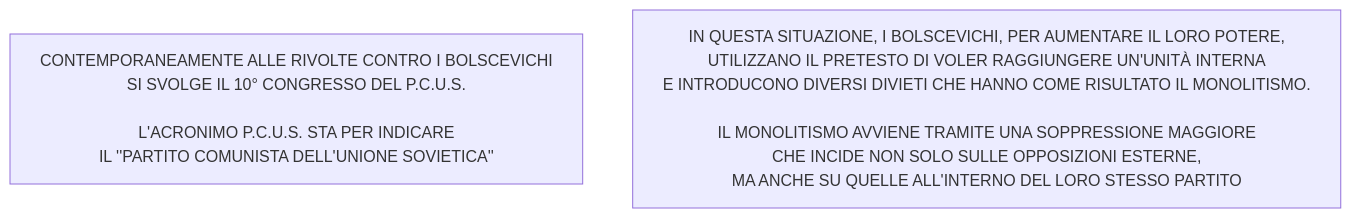
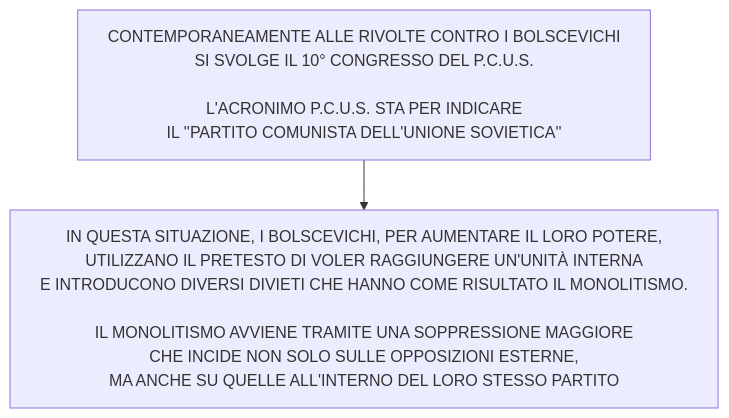
One commit to Laaouatni/ricerca-storia-MermaidJS changed diagram 16 of 16 in stalinismoRiscrittura.md. Above: the diagram before and after it, drawn with Mermaid.

````diff
--- a/stalinismoRiscrittura.md
+++ b/stalinismoRiscrittura.md
@@ -322,6 +322,7 @@
 ```mermaid
 %%{init: { "flowchart": { "wrappingWidth": 800 } }}%%
 flowchart TB
+  0 --> 1
   0[CONTEMPORANEAMENTE ALLE RIVOLTE CONTRO I BOLSCEVICHI <BR>SI SVOLGE IL 10° CONGRESSO DEL P.C.U.S. <BR><BR>L'ACRONIMO P.C.U.S. STA PER INDICARE <BR>IL ''PARTITO COMUNISTA DELL'UNIONE SOVIETICA'']
   1[IN QUESTA SITUAZIONE, I BOLSCEVICHI, PER AUMENTARE IL LORO POTERE, <br>UTILIZZANO IL PRETESTO DI VOLER RAGGIUNGERE UN'UNITÀ INTERNA <br>E INTRODUCONO DIVERSI DIVIETI CHE HANNO COME RISULTATO IL MONOLITISMO. <br><br>IL MONOLITISMO AVVIENE TRAMITE UNA SOPPRESSIONE MAGGIORE <br>CHE INCIDE NON SOLO SULLE OPPOSIZIONI ESTERNE, <br>MA ANCHE SU QUELLE ALL'INTERNO DEL LORO STESSO PARTITO]
 ```
````
